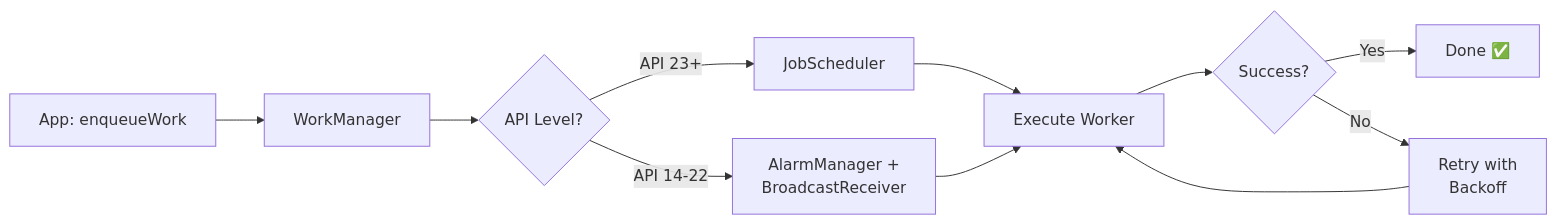
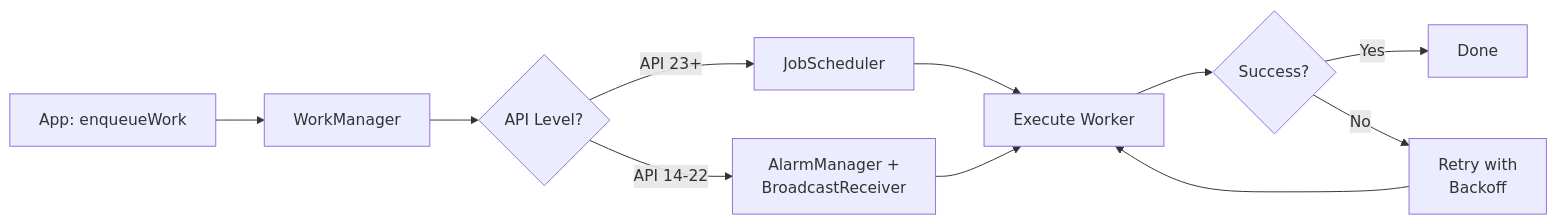
One commit to yousufCse/engineer-codex changed the third of 10 diagrams in flutter/notification_background_guide.md. Above: the diagram before and after it, drawn with Mermaid. The commit also changed other lines of this file and 8 other files, not shown here.

````diff
--- a/flutter/notification_background_guide.md
+++ b/flutter/notification_background_guide.md
@@ -604,13 +604,13 @@
 ```mermaid
 flowchart LR
     A[App: enqueueWork] --> B[WorkManager]
     B --> C{API Level?}
     C -->|API 23+| D[JobScheduler]
     C -->|API 14-22| E[AlarmManager +\nBroadcastReceiver]
     D --> F[Execute Worker]
     E --> F
     F --> G{Success?}
-    G -->|Yes| H[Done ✅]
+    G -->|Yes| H[Done ]
     G -->|No| I[Retry with\nBackoff]
     I --> F
 ```
````
